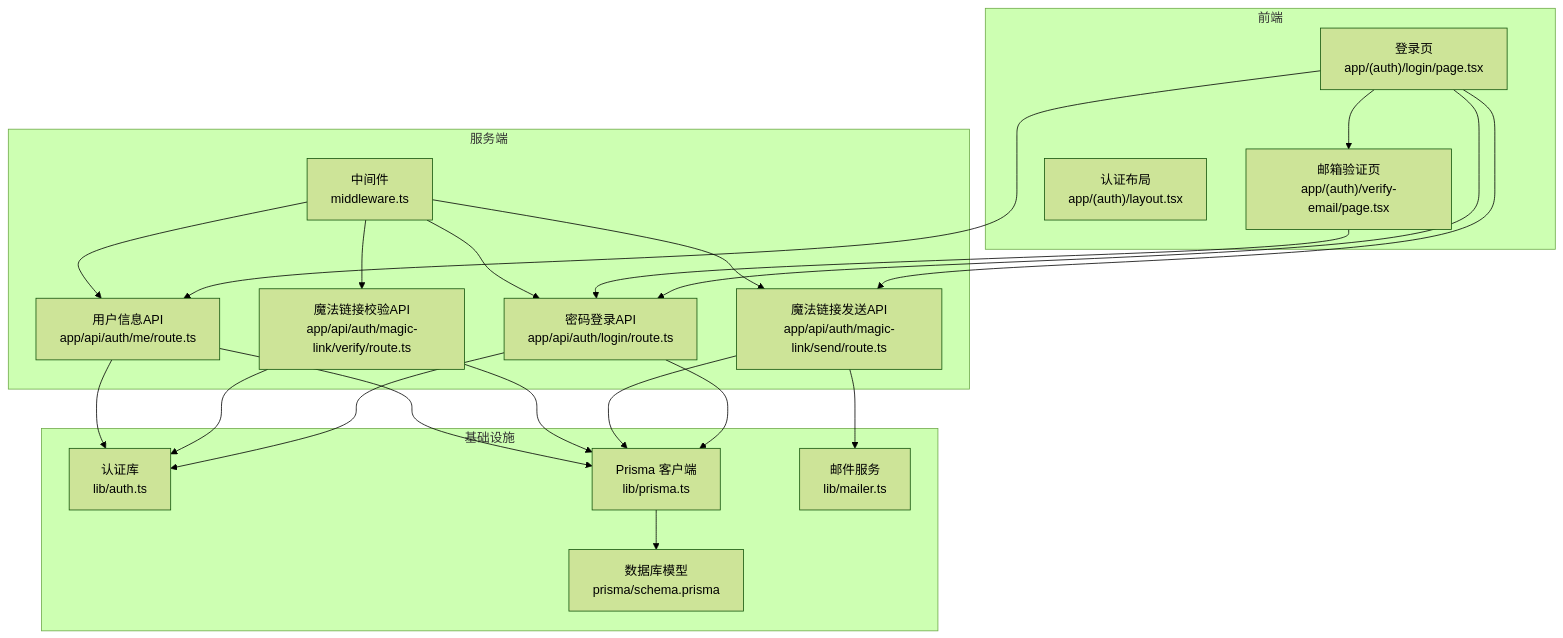
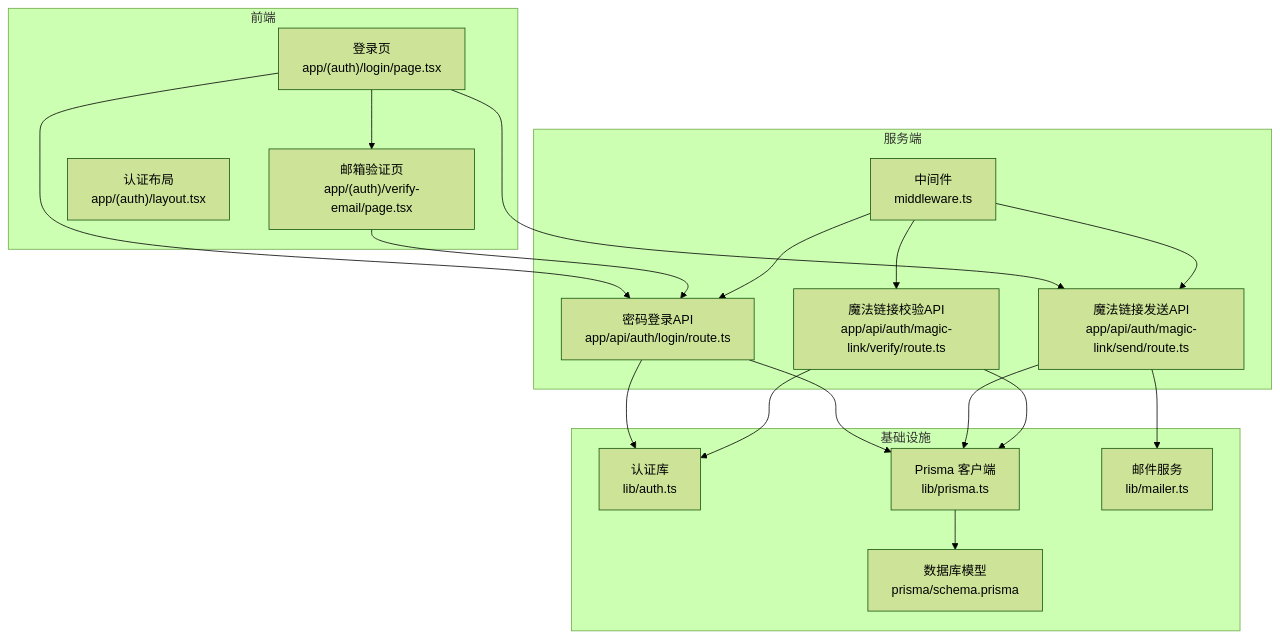
Before and after one commit to kangkang919/xinya: the first of 10 diagrams in .qoder/repowiki/zh/content/用户认证系统/登录页面调试功能.md, drawn with Mermaid (forest theme). The commit also changed other lines of this file and 35 other files, not shown here.

````diff
--- a/.qoder/repowiki/zh/content/用户认证系统/登录页面调试功能.md
+++ b/.qoder/repowiki/zh/content/用户认证系统/登录页面调试功能.md
@@ -43,39 +43,34 @@
 ```mermaid
 graph TB
 subgraph "前端"
 L["登录页<br/>app/(auth)/login/page.tsx"]
 V["邮箱验证页<br/>app/(auth)/verify-email/page.tsx"]
 AL["认证布局<br/>app/(auth)/layout.tsx"]
 end
 subgraph "服务端"
 M["中间件<br/>middleware.ts"]
 RL["密码登录API<br/>app/api/auth/login/route.ts"]
 MS["魔法链接发送API<br/>app/api/auth/magic-link/send/route.ts"]
 MV["魔法链接校验API<br/>app/api/auth/magic-link/verify/route.ts"]
-AM["用户信息API<br/>app/api/auth/me/route.ts"]
 end
 subgraph "基础设施"
 A["认证库<br/>lib/auth.ts"]
 P["Prisma 客户端<br/>lib/prisma.ts"]
 S["数据库模型<br/>prisma/schema.prisma"]
 E["邮件服务<br/>lib/mailer.ts"]
 end
 L --> RL
 L --> MS
 L --> V
-L --> AM
 V --> RL
 RL --> A
 RL --> P
 MS --> E
 MS --> P
 MV --> A
 MV --> P
-AM --> A
-AM --> P
 M --> RL
 M --> MS
 M --> MV
-M --> AM
 P --> S
 ```
````
